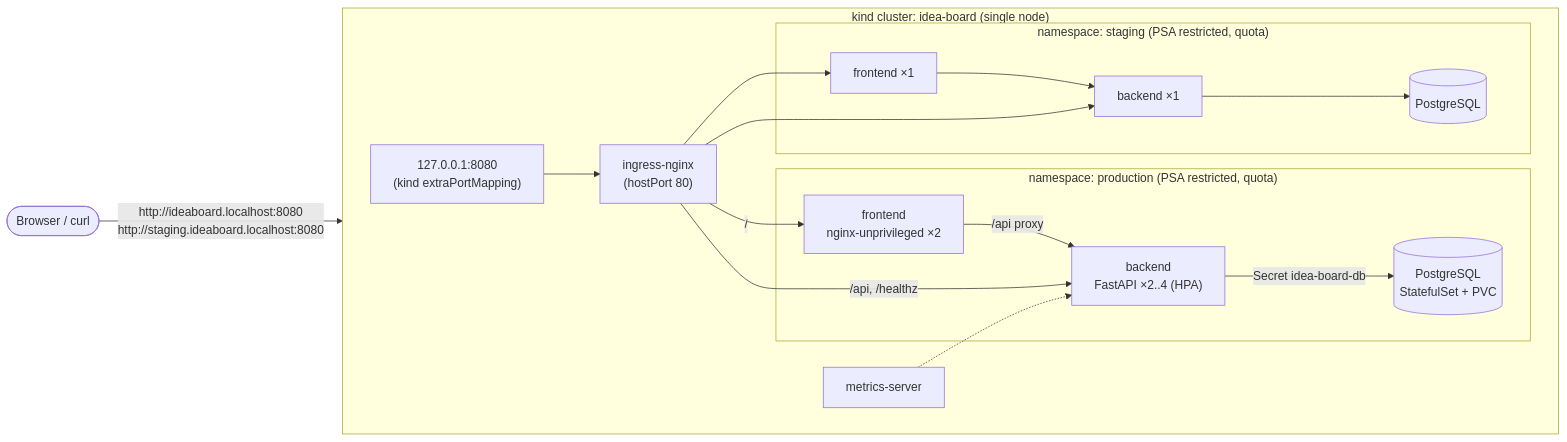
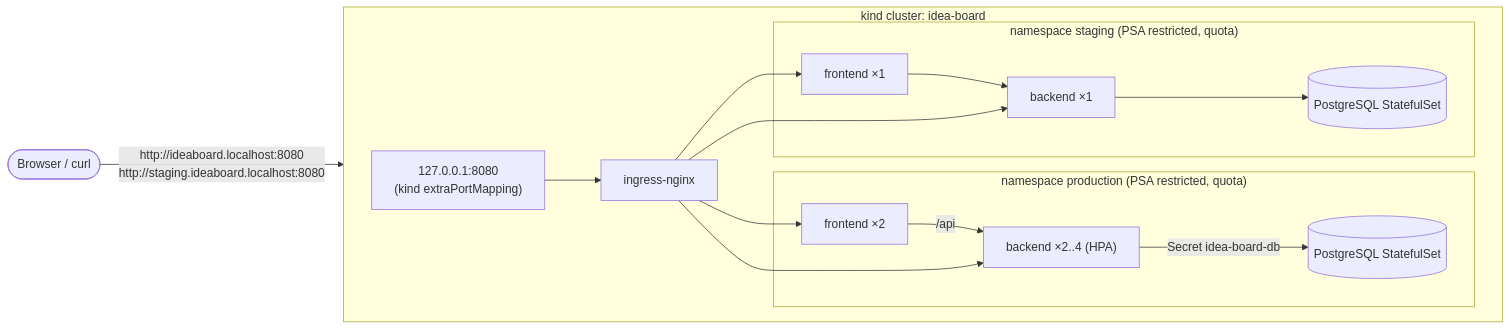
The first of 3 diagrams in README.md (Shivisharma2408/Case-Study-Building-an-AI-First-Cloud-Agnostic-DevOps-Platform), drawn with Mermaid before and after one commit. The commit also changed other lines of this file and 4 other files, not shown here.

````diff
--- a/README.md
+++ b/README.md
@@ -41,21 +79,17 @@
 ```mermaid
 flowchart LR
   user([Browser / curl]) -->|"http://ideaboard.localhost:8080<br/>http://staging.ideaboard.localhost:8080"| hostport["127.0.0.1:8080<br/>(kind extraPortMapping)"]
-  subgraph kind["kind cluster: idea-board (single node)"]
+  subgraph kind["kind cluster: idea-board"]
     direction LR
-    hostport --> ing["ingress-nginx<br/>(hostPort 80)"]
-    subgraph prod["namespace: production (PSA restricted, quota)"]
-      fe1["frontend<br/>nginx-unprivileged ×2"] -->|/api proxy| be1["backend<br/>FastAPI ×2..4 (HPA)"]
-      be1 -->|"Secret idea-board-db"| db1[("PostgreSQL<br/>StatefulSet + PVC")]
+    hostport --> ing["ingress-nginx"]
+    subgraph prod["namespace production (PSA restricted, quota)"]
+      fe1["frontend ×2"] -->|/api| be1["backend ×2..4 (HPA)"]
+      be1 -->|"Secret idea-board-db"| db1[("PostgreSQL StatefulSet")]
     end
-    subgraph stg["namespace: staging (PSA restricted, quota)"]
+    subgraph stg["namespace staging (PSA restricted, quota)"]
       fe2["frontend ×1"] --> be2["backend ×1"]
-      be2 --> db2[("PostgreSQL")]
+      be2 --> db2[("PostgreSQL StatefulSet")]
     end
-    ing -->|"/ "| fe1
-    ing -->|"/api, /healthz"| be1
-    ing --> fe2
-    ing --> be2
-    ms["metrics-server"] -.-> be1
+    ing --> fe1 & be1 & fe2 & be2
   end
 ```
````
